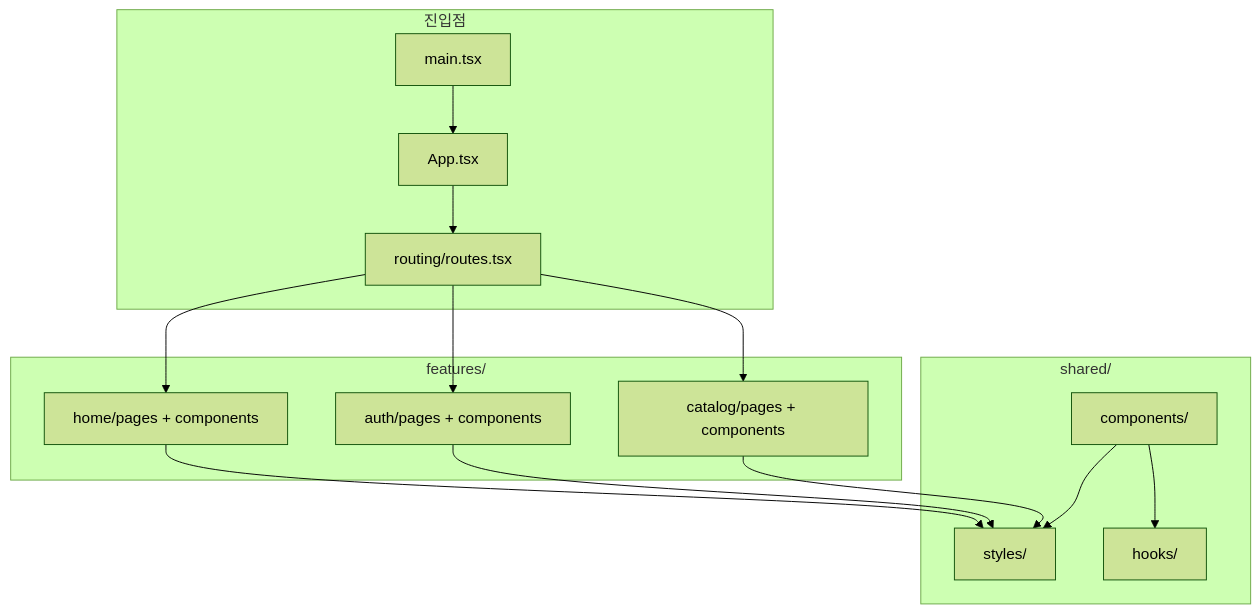
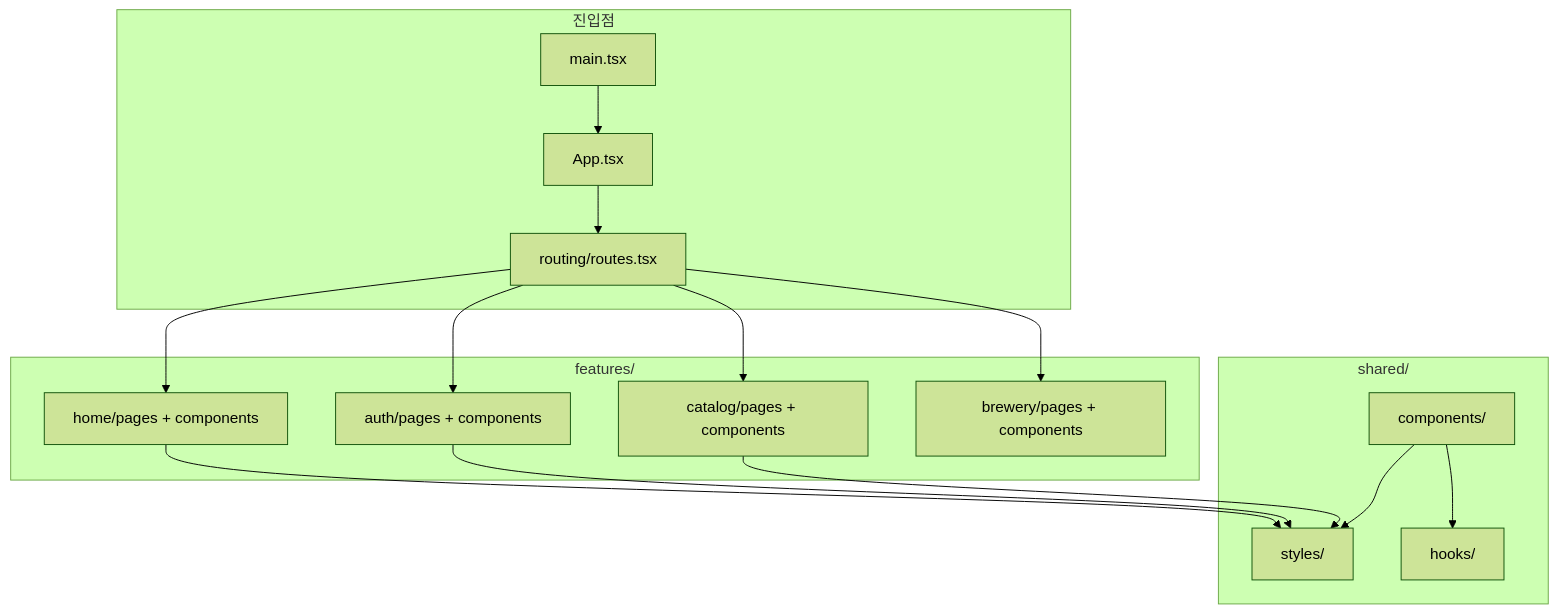
One commit to zyansuh/bitdam changed the second of 3 diagrams in README.md. Above: the diagram before and after it, drawn with Mermaid (forest theme). The commit also changed other lines of this file, not shown here.

First line of the commit message:
docs(readme): document brewery map and class routes

````diff
--- a/README.md
+++ b/README.md
@@ -197,26 +218,27 @@
 ```mermaid
 flowchart TB
     subgraph Entry["진입점"]
         MAIN[main.tsx]
         APP[App.tsx]
         ROUTES[routing/routes.tsx]
     end
     subgraph Features["features/"]
         HOME[home/pages + components]
         AUTH[auth/pages + components]
         CAT[catalog/pages + components]
+        BREW[brewery/pages + components]
     end
     subgraph Shared["shared/"]
         STYLES[styles/]
         HOOKS[hooks/]
         COMP[components/]
     end
     MAIN --> APP
     APP --> ROUTES
-    ROUTES --> HOME & AUTH & CAT
+    ROUTES --> HOME & AUTH & CAT & BREW
     HOME --> STYLES
     AUTH --> STYLES
     CAT --> STYLES
     COMP --> HOOKS
     COMP --> STYLES
 ```
````
